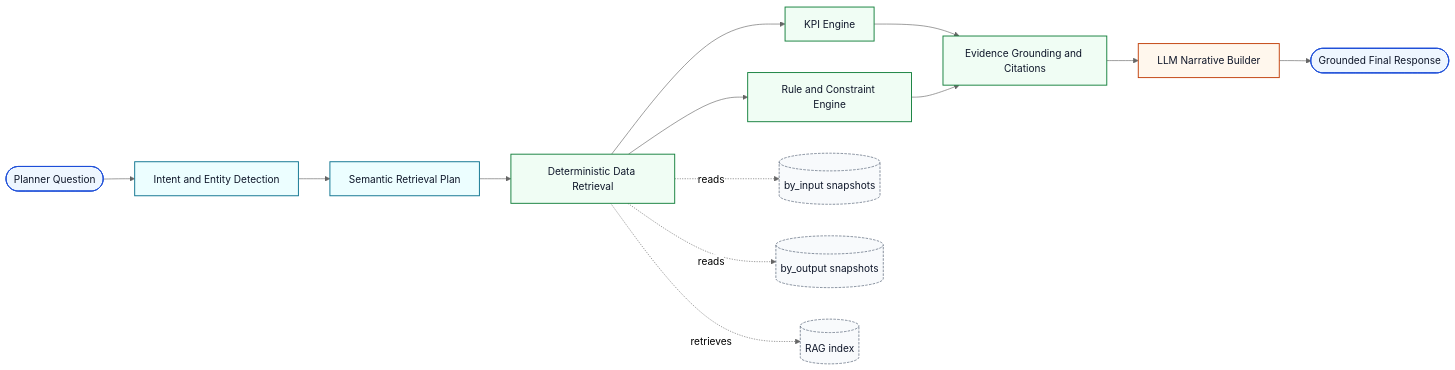
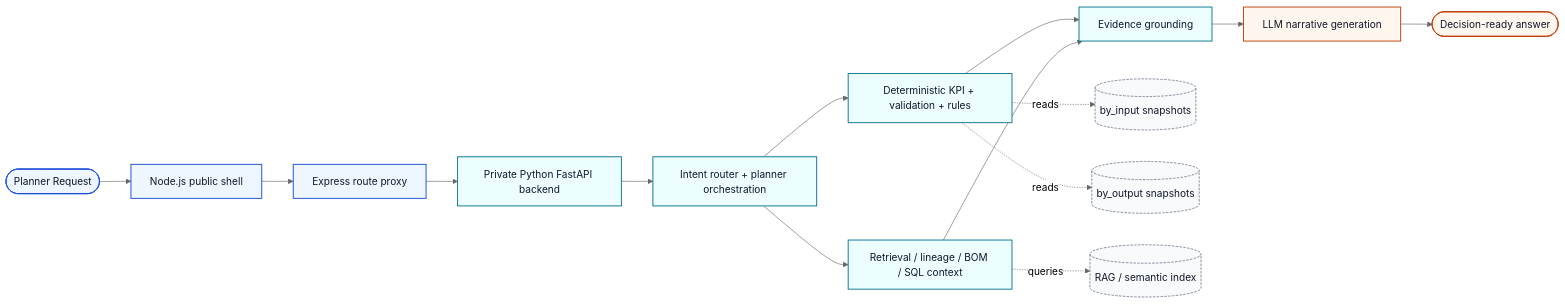
Before and after one commit to jyotiranjanojha/ifsupplystory: the first of 3 diagrams in README.md, drawn with Mermaid (neutral theme). The commit also changed other lines of this file, not shown here.

Commit message:
Update README for hybrid Node + Python architecture

````diff
--- a/README.md
+++ b/README.md
@@ -148,34 +162,29 @@
 ```mermaid
 flowchart LR
-  %% User to Answer lane
-  Q([Planner Question]) --> I[Intent and Entity Detection]
-  I --> S[Semantic Retrieval Plan]
-  S --> D[Deterministic Data Retrieval]
+  U([Planner Request]) --> N[Node.js public shell]
+  N --> P[Express route proxy]
+  P --> B[Private Python FastAPI backend]
 
-  %% Deterministic reasoning lane
-  D --> K[KPI Engine]
-  D --> RU[Rule and Constraint Engine]
-  K --> G[Evidence Grounding and Citations]
-  RU --> G
+  B --> O[Intent router + planner orchestration]
+  O --> D[Deterministic KPI + validation + rules]
+  O --> R[Retrieval / lineage / BOM / SQL context]
+  D --> G[Evidence grounding]
+  R --> G
+  G --> L[LLM narrative generation]
+  L --> A([Decision-ready answer])
 
-  %% Explanation lane
-  G --> L[LLM Narrative Builder]
-  L --> O([Grounded Final Response])
-
-  %% Data dependencies
   D -. reads .-> IN[(by_input snapshots)]
   D -. reads .-> OUT[(by_output snapshots)]
-  D -. retrieves .-> RAG[(RAG index)]
+  R -. queries .-> IDX[(RAG / semantic index)]
 
-  classDef user fill:#eef6ff,stroke:#1d4ed8,stroke-width:1.5px,color:#0f172a;
-  classDef plan fill:#ecfeff,stroke:#0e7490,stroke-width:1.5px,color:#0f172a;
-  classDef deterministic fill:#f0fdf4,stroke:#15803d,stroke-width:1.5px,color:#0f172a;
+  classDef public fill:#eef6ff,stroke:#1d4ed8,stroke-width:1.5px,color:#0f172a;
+  classDef backend fill:#ecfeff,stroke:#0e7490,stroke-width:1.5px,color:#0f172a;
+  classDef logic fill:#f0fdf4,stroke:#15803d,stroke-width:1.5px,color:#0f172a;
   classDef explain fill:#fff7ed,stroke:#c2410c,stroke-width:1.5px,color:#0f172a;
   classDef data fill:#f8fafc,stroke:#475569,stroke-dasharray: 4 2,color:#0f172a;
 
-  class Q,O user;
-  class I,S plan;
-  class D,K,RU,G deterministic;
-  class L explain;
-  class IN,OUT,RAG data;
+  class U,N,P public;
+  class B,O,R,D,G backend;
+  class L,A explain;
+  class IN,OUT,IDX data;
 ```
````
